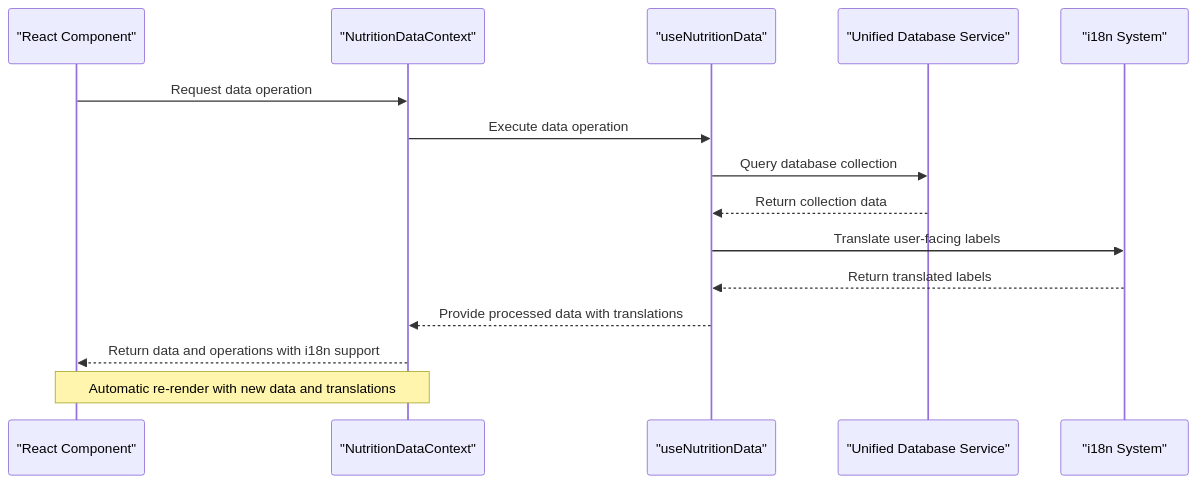
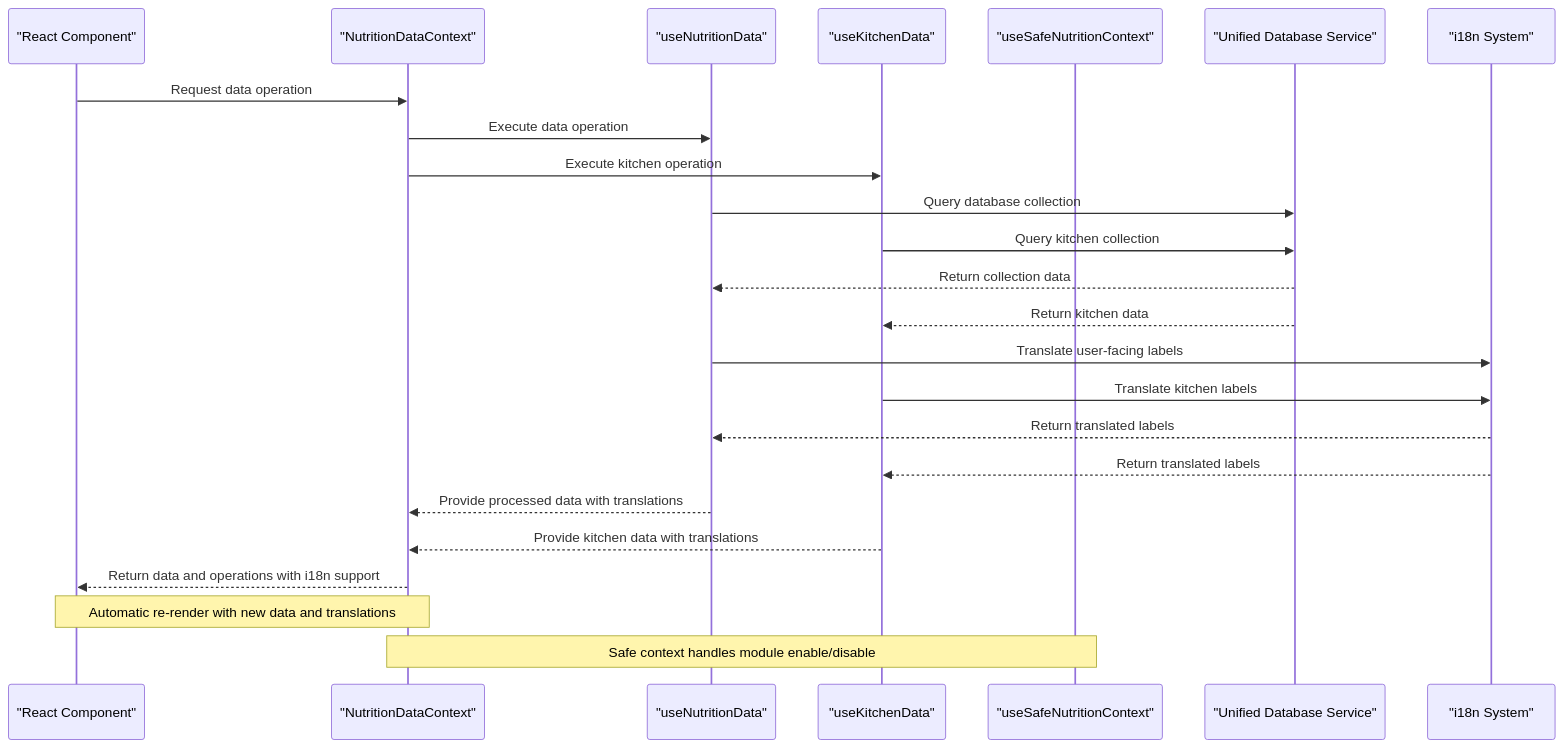
The fifth of 13 diagrams in .qoder/repowiki/en/content/Modules System/Nutrition Module.md (geniusdynamics/schoolpilot), drawn with Mermaid before and after one commit. The commit also changed other lines of this file and 54 other files, not shown here.

````diff
--- a/.qoder/repowiki/en/content/Modules System/Nutrition Module.md
+++ b/.qoder/repowiki/en/content/Modules System/Nutrition Module.md
@@ -307,17 +458,26 @@
 ```mermaid
 sequenceDiagram
 participant Component as "React Component"
 participant Context as "NutritionDataContext"
 participant Hook as "useNutritionData"
+participant KitchenHook as "useKitchenData"
+participant SafeHook as "useSafeNutritionContext"
 participant Database as "Unified Database Service"
 participant I18n as "i18n System"
 Component->>Context : Request data operation
 Context->>Hook : Execute data operation
+Context->>KitchenHook : Execute kitchen operation
 Hook->>Database : Query database collection
+KitchenHook->>Database : Query kitchen collection
 Database-->>Hook : Return collection data
+Database-->>KitchenHook : Return kitchen data
 Hook->>I18n : Translate user-facing labels
+KitchenHook->>I18n : Translate kitchen labels
 I18n-->>Hook : Return translated labels
+I18n-->>KitchenHook : Return translated labels
 Hook-->>Context : Provide processed data with translations
+KitchenHook-->>Context : Provide kitchen data with translations
 Context-->>Component : Return data and operations with i18n support
 Note over Component,Context : Automatic re-render with new data and translations
+Note over SafeHook,Context : Safe context handles module enable/disable
 ```
````
